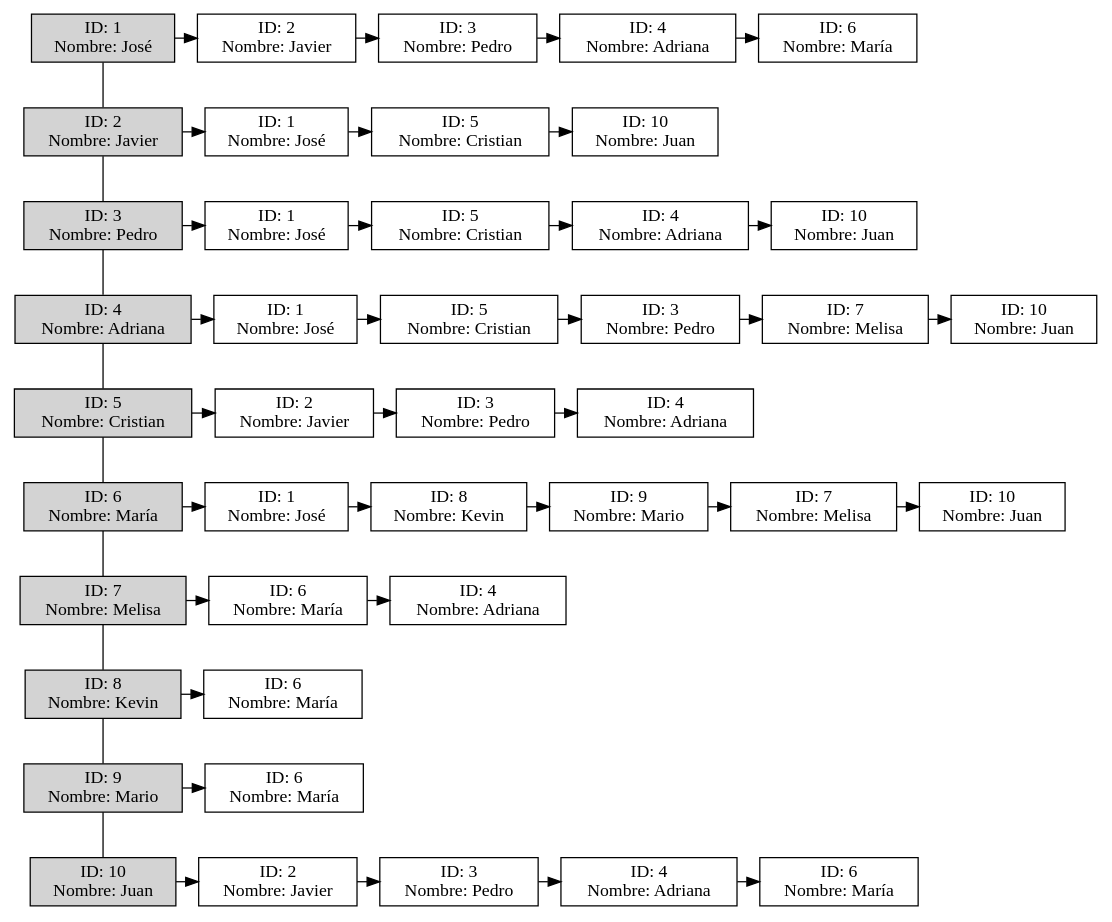
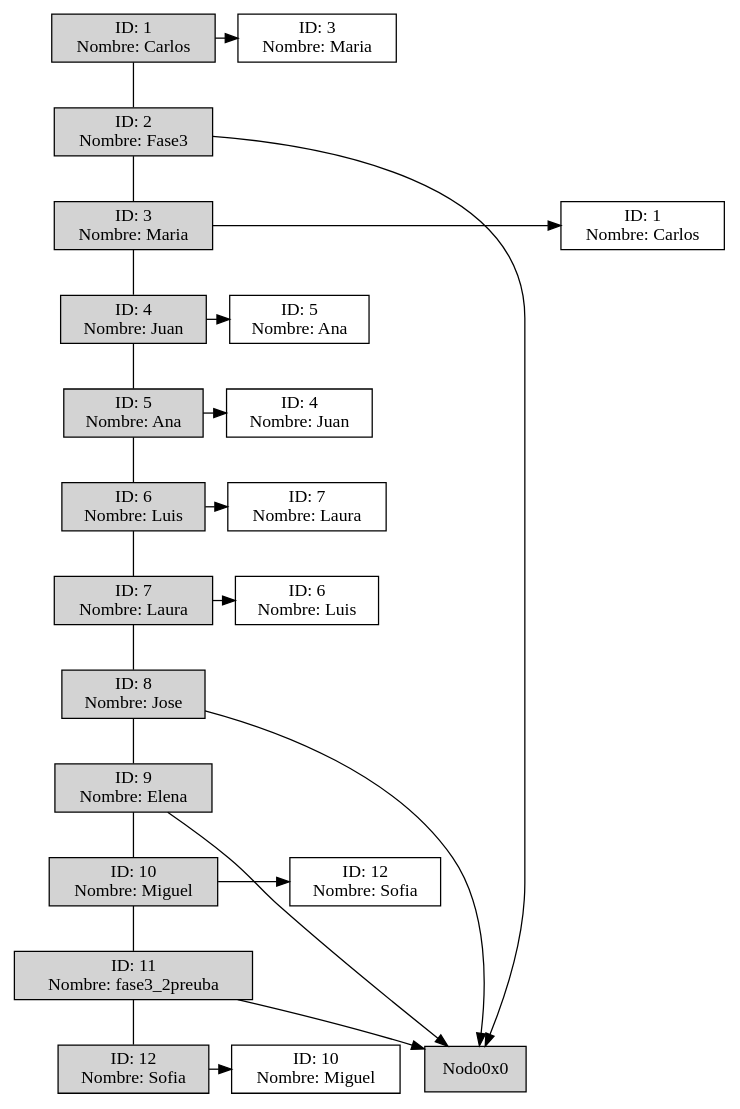
One commit to Ggi0/-EDD-Proyecto_202100229 changed the diagram in fase3/usuarios/reportes/grafoLista.dot. Above: the diagram before and after it, drawn with Graphviz. The commit also changed 22 other files, not shown here.

```diff
--- a/fase3/usuarios/reportes/grafoLista.dot
+++ b/fase3/usuarios/reportes/grafoLista.dot
@@ -1,87 +1,47 @@
 digraph G {
 node[shape = "box" style = "filled"]
-Nodo1[label = "ID: 1\nNombre: José" group = "1" fillcolor="lightgray"];
-Nodo1->Nodo2[dir = none];Nodo1->Nodo0x7fcce4095260;
-Nodo0x7fcce4095260[label = "ID: 2\nNombre: Javier" fillcolor = "white"];
-Nodo0x7fcce4095260->Nodo0x7fcce40953e0;
-Nodo0x7fcce40953e0[label = "ID: 3\nNombre: Pedro" fillcolor = "white"];
-Nodo0x7fcce40953e0->Nodo0x7fcce4095560;
-Nodo0x7fcce4095560[label = "ID: 4\nNombre: Adriana" fillcolor = "white"];
-Nodo0x7fcce4095560->Nodo0x7fcce40965d0;
-Nodo0x7fcce40965d0[label = "ID: 6\nNombre: María" fillcolor = "white"];
-{rank=same;Nodo1;Nodo0x7fcce4095260;Nodo0x7fcce40953e0;Nodo0x7fcce4095560;Nodo0x7fcce40965d0}
-Nodo2[label = "ID: 2\nNombre: Javier" group = "1" fillcolor="lightgray"];
-Nodo2->Nodo3[dir = none];Nodo2->Nodo0x7fcce4095320;
-Nodo0x7fcce4095320[label = "ID: 1\nNombre: José" fillcolor = "white"];
-Nodo0x7fcce4095320->Nodo0x7fcce4096810;
-Nodo0x7fcce4096810[label = "ID: 5\nNombre: Cristian" fillcolor = "white"];
-Nodo0x7fcce4096810->Nodo0x7fcce409a120;
-Nodo0x7fcce409a120[label = "ID: 10\nNombre: Juan" fillcolor = "white"];
-{rank=same;Nodo2;Nodo0x7fcce4095320;Nodo0x7fcce4096810;Nodo0x7fcce409a120}
-Nodo3[label = "ID: 3\nNombre: Pedro" group = "1" fillcolor="lightgray"];
-Nodo3->Nodo4[dir = none];Nodo3->Nodo0x7fcce40954a0;
-Nodo0x7fcce40954a0[label = "ID: 1\nNombre: José" fillcolor = "white"];
-Nodo0x7fcce40954a0->Nodo0x7fcce4096990;
-Nodo0x7fcce4096990[label = "ID: 5\nNombre: Cristian" fillcolor = "white"];
-Nodo0x7fcce4096990->Nodo0x7fcce4096bd0;
-Nodo0x7fcce4096bd0[label = "ID: 4\nNombre: Adriana" fillcolor = "white"];
-Nodo0x7fcce4096bd0->Nodo0x7fcce4095860;
-Nodo0x7fcce4095860[label = "ID: 10\nNombre: Juan" fillcolor = "white"];
-{rank=same;Nodo3;Nodo0x7fcce40954a0;Nodo0x7fcce4096990;Nodo0x7fcce4096bd0;Nodo0x7fcce4095860}
-Nodo4[label = "ID: 4\nNombre: Adriana" group = "1" fillcolor="lightgray"];
-Nodo4->Nodo5[dir = none];Nodo4->Nodo0x7fcce4095620;
-Nodo0x7fcce4095620[label = "ID: 1\nNombre: José" fillcolor = "white"];
-Nodo0x7fcce4095620->Nodo0x7fcce4096b10;
-Nodo0x7fcce4096b10[label = "ID: 5\nNombre: Cristian" fillcolor = "white"];
-Nodo0x7fcce4096b10->Nodo0x7fcce4096c90;
-Nodo0x7fcce4096c90[label = "ID: 3\nNombre: Pedro" fillcolor = "white"];
-Nodo0x7fcce4096c90->Nodo0x7fcce4099fa0;
-Nodo0x7fcce4099fa0[label = "ID: 7\nNombre: Melisa" fillcolor = "white"];
-Nodo0x7fcce4099fa0->Nodo0x7fcce40959e0;
-Nodo0x7fcce40959e0[label = "ID: 10\nNombre: Juan" fillcolor = "white"];
-{rank=same;Nodo4;Nodo0x7fcce4095620;Nodo0x7fcce4096b10;Nodo0x7fcce4096c90;Nodo0x7fcce4099fa0;Nodo0x7fcce40959e0}
-Nodo5[label = "ID: 5\nNombre: Cristian" group = "1" fillcolor="lightgray"];
-Nodo5->Nodo6[dir = none];Nodo5->Nodo0x7fcce4096750;
-Nodo0x7fcce4096750[label = "ID: 2\nNombre: Javier" fillcolor = "white"];
-Nodo0x7fcce4096750->Nodo0x7fcce40968d0;
-Nodo0x7fcce40968d0[label = "ID: 3\nNombre: Pedro" fillcolor = "white"];
-Nodo0x7fcce40968d0->Nodo0x7fcce4096a50;
-Nodo0x7fcce4096a50[label = "ID: 4\nNombre: Adriana" fillcolor = "white"];
-{rank=same;Nodo5;Nodo0x7fcce4096750;Nodo0x7fcce40968d0;Nodo0x7fcce4096a50}
-Nodo6[label = "ID: 6\nNombre: María" group = "1" fillcolor="lightgray"];
-Nodo6->Nodo7[dir = none];Nodo6->Nodo0x7fcce4096690;
-Nodo0x7fcce4096690[label = "ID: 1\nNombre: José" fillcolor = "white"];
-Nodo0x7fcce4096690->Nodo0x7fcce4096d50;
-Nodo0x7fcce4096d50[label = "ID: 8\nNombre: Kevin" fillcolor = "white"];
-Nodo0x7fcce4096d50->Nodo0x7fcce4096ed0;
-Nodo0x7fcce4096ed0[label = "ID: 9\nNombre: Mario" fillcolor = "white"];
-Nodo0x7fcce4096ed0->Nodo0x7fcce4097050;
-Nodo0x7fcce4097050[label = "ID: 7\nNombre: Melisa" fillcolor = "white"];
-Nodo0x7fcce4097050->Nodo0x7fcce4095b60;
-Nodo0x7fcce4095b60[label = "ID: 10\nNombre: Juan" fillcolor = "white"];
-{rank=same;Nodo6;Nodo0x7fcce4096690;Nodo0x7fcce4096d50;Nodo0x7fcce4096ed0;Nodo0x7fcce4097050;Nodo0x7fcce4095b60}
-Nodo7[label = "ID: 7\nNombre: Melisa" group = "1" fillcolor="lightgray"];
-Nodo7->Nodo8[dir = none];Nodo7->Nodo0x7fcce4099e20;
-Nodo0x7fcce4099e20[label = "ID: 6\nNombre: María" fillcolor = "white"];
-Nodo0x7fcce4099e20->Nodo0x7fcce4099ee0;
-Nodo0x7fcce4099ee0[label = "ID: 4\nNombre: Adriana" fillcolor = "white"];
-{rank=same;Nodo7;Nodo0x7fcce4099e20;Nodo0x7fcce4099ee0}
-Nodo8[label = "ID: 8\nNombre: Kevin" group = "1" fillcolor="lightgray"];
-Nodo8->Nodo9[dir = none];Nodo8->Nodo0x7fcce4096e10;
-Nodo0x7fcce4096e10[label = "ID: 6\nNombre: María" fillcolor = "white"];
-{rank=same;Nodo8;Nodo0x7fcce4096e10}
-Nodo9[label = "ID: 9\nNombre: Mario" group = "1" fillcolor="lightgray"];
-Nodo9->Nodo10[dir = none];Nodo9->Nodo0x7fcce4096f90;
-Nodo0x7fcce4096f90[label = "ID: 6\nNombre: María" fillcolor = "white"];
-{rank=same;Nodo9;Nodo0x7fcce4096f90}
-Nodo10[label = "ID: 10\nNombre: Juan" group = "1" fillcolor="lightgray"];
-Nodo10->Nodo0x7fcce409a060;
-Nodo0x7fcce409a060[label = "ID: 2\nNombre: Javier" fillcolor = "white"];
-Nodo0x7fcce409a060->Nodo0x7fcce409a1e0;
-Nodo0x7fcce409a1e0[label = "ID: 3\nNombre: Pedro" fillcolor = "white"];
-Nodo0x7fcce409a1e0->Nodo0x7fcce4095920;
-Nodo0x7fcce4095920[label = "ID: 4\nNombre: Adriana" fillcolor = "white"];
-Nodo0x7fcce4095920->Nodo0x7fcce4095aa0;
-Nodo0x7fcce4095aa0[label = "ID: 6\nNombre: María" fillcolor = "white"];
-{rank=same;Nodo10;Nodo0x7fcce409a060;Nodo0x7fcce409a1e0;Nodo0x7fcce4095920;Nodo0x7fcce4095aa0}
+Nodo1[label = "ID: 1\nNombre: Carlos" group = "1" fillcolor="lightgray"];
+Nodo1->Nodo2[dir = none];Nodo1->Nodo0x7f8c3bee8490;
+Nodo0x7f8c3bee8490[label = "ID: 3\nNombre: Maria" fillcolor = "white"];
+{rank=same;Nodo1;Nodo0x7f8c3bee8490}
+Nodo2[label = "ID: 2\nNombre: Fase3" group = "1" fillcolor="lightgray"];
+Nodo2->Nodo3[dir = none];Nodo2->Nodo0x0;
+{rank=same;Nodo2}
+Nodo3[label = "ID: 3\nNombre: Maria" group = "1" fillcolor="lightgray"];
+Nodo3->Nodo4[dir = none];Nodo3->Nodo0x7f8c3be75300;
+Nodo0x7f8c3be75300[label = "ID: 1\nNombre: Carlos" fillcolor = "white"];
+{rank=same;Nodo3;Nodo0x7f8c3be75300}
+Nodo4[label = "ID: 4\nNombre: Juan" group = "1" fillcolor="lightgray"];
+Nodo4->Nodo5[dir = none];Nodo4->Nodo0x7f8c41e11580;
+Nodo0x7f8c41e11580[label = "ID: 5\nNombre: Ana" fillcolor = "white"];
+{rank=same;Nodo4;Nodo0x7f8c41e11580}
+Nodo5[label = "ID: 5\nNombre: Ana" group = "1" fillcolor="lightgray"];
+Nodo5->Nodo6[dir = none];Nodo5->Nodo0x7f8c41e1b8d0;
+Nodo0x7f8c41e1b8d0[label = "ID: 4\nNombre: Juan" fillcolor = "white"];
+{rank=same;Nodo5;Nodo0x7f8c41e1b8d0}
+Nodo6[label = "ID: 6\nNombre: Luis" group = "1" fillcolor="lightgray"];
+Nodo6->Nodo7[dir = none];Nodo6->Nodo0x7f8c3be7eb50;
+Nodo0x7f8c3be7eb50[label = "ID: 7\nNombre: Laura" fillcolor = "white"];
+{rank=same;Nodo6;Nodo0x7f8c3be7eb50}
+Nodo7[label = "ID: 7\nNombre: Laura" group = "1" fillcolor="lightgray"];
+Nodo7->Nodo8[dir = none];Nodo7->Nodo0x7f8c41e17460;
+Nodo0x7f8c41e17460[label = "ID: 6\nNombre: Luis" fillcolor = "white"];
+{rank=same;Nodo7;Nodo0x7f8c41e17460}
+Nodo8[label = "ID: 8\nNombre: Jose" group = "1" fillcolor="lightgray"];
+Nodo8->Nodo9[dir = none];Nodo8->Nodo0x0;
+{rank=same;Nodo8}
+Nodo9[label = "ID: 9\nNombre: Elena" group = "1" fillcolor="lightgray"];
+Nodo9->Nodo10[dir = none];Nodo9->Nodo0x0;
+{rank=same;Nodo9}
+Nodo10[label = "ID: 10\nNombre: Miguel" group = "1" fillcolor="lightgray"];
+Nodo10->Nodo11[dir = none];Nodo10->Nodo0x7f8c41e16c50;
+Nodo0x7f8c41e16c50[label = "ID: 12\nNombre: Sofia" fillcolor = "white"];
+{rank=same;Nodo10;Nodo0x7f8c41e16c50}
+Nodo11[label = "ID: 11\nNombre: fase3_2preuba" group = "1" fillcolor="lightgray"];
+Nodo11->Nodo12[dir = none];Nodo11->Nodo0x0;
+{rank=same;Nodo11}
+Nodo12[label = "ID: 12\nNombre: Sofia" group = "1" fillcolor="lightgray"];
+Nodo12->Nodo0x7f8c3be6c800;
+Nodo0x7f8c3be6c800[label = "ID: 10\nNombre: Miguel" fillcolor = "white"];
+{rank=same;Nodo12;Nodo0x7f8c3be6c800}
 }
```
